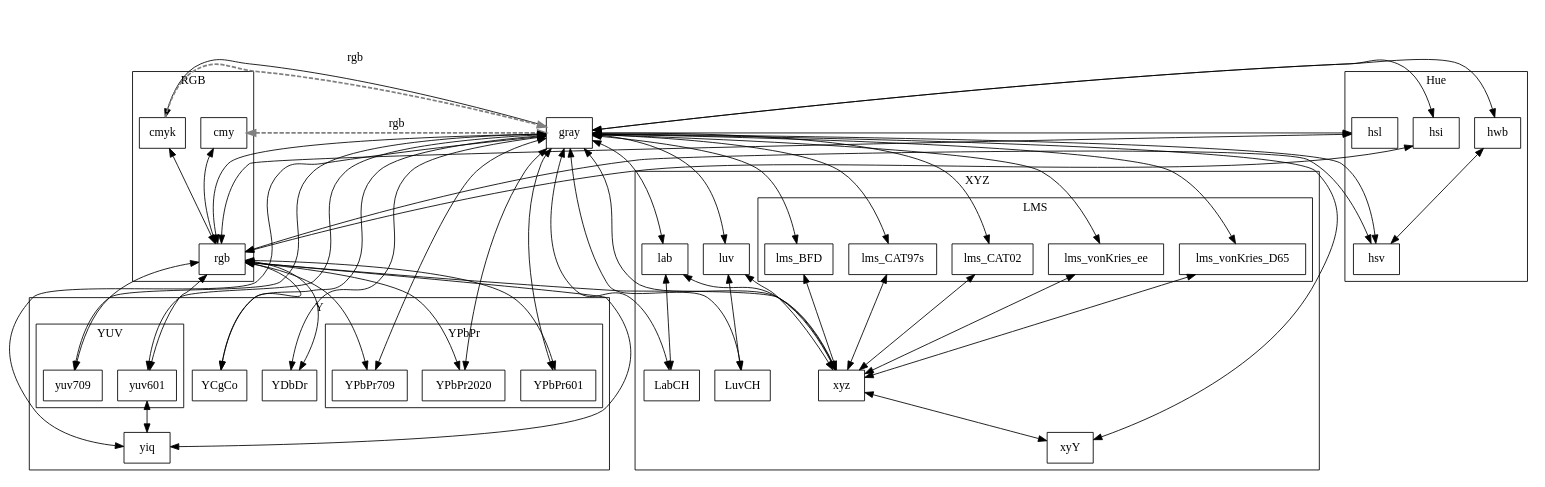
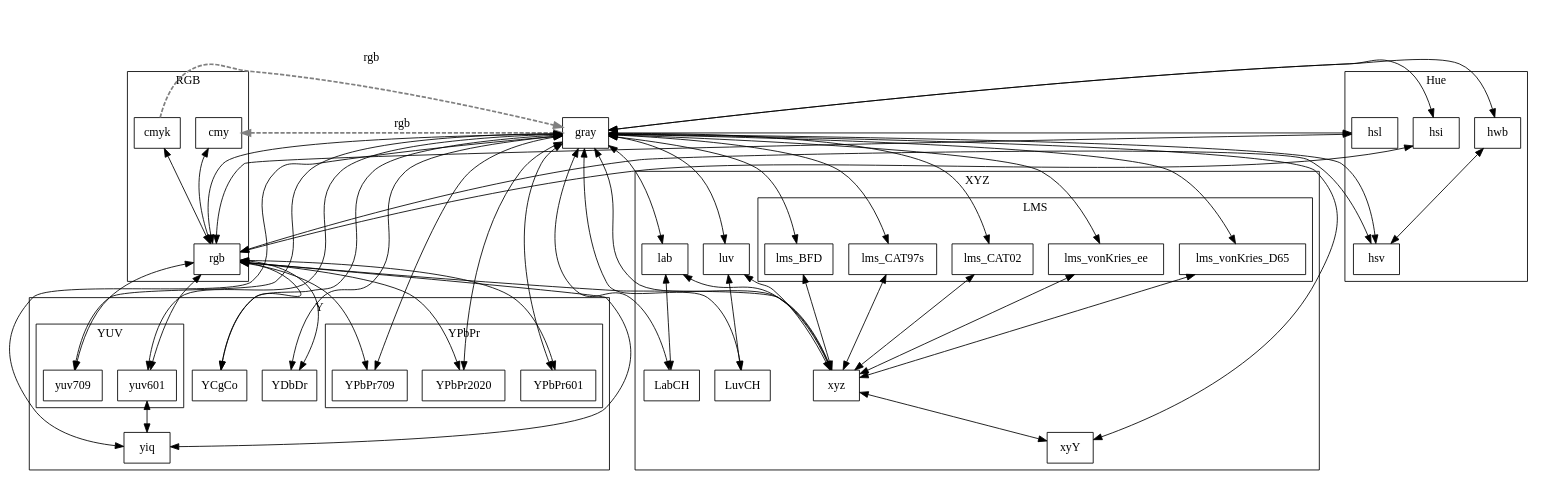
The diagram in doc/gv/conv.gv (dmilos/color), drawn with Graphviz before and after one commit. The commit also changed 87 other files, not shown here.

```diff
--- a/doc/gv/conv.gv
+++ b/doc/gv/conv.gv
@@ -1,149 +1,148 @@
 digraph color_conversion {
 	node [ shape ="box" ];
 	//gray [ color=gray, penwidth = 5 ];
 	//rgb [ style=striped , fillcolor="red:green:blue" ];
 
 	cmy  -> gray [ label = "rgb", style=dashed, color=gray, penwidth = 2, dir=both ];
 	cmy  -> rgb  [ label = "", dir=both  ];
 
 	cmyk -> gray[ label = "rgb", style=dashed, color=gray, penwidth = 2, dir=forward ];
 	cmyk -> rgb [ label = "", dir=both ];
 
-	gray -> cmyk [ label = "", dir=forward  ];
 	gray -> hsi   [ label = "", dir=both ];
 	gray -> hsl   [ label = "", dir=both ];
 	gray -> hsv   [ label = "", dir=both  ];
 	gray -> hwb   [ label = "", dir=both ];
 	gray -> rgb   [ label = "", dir=both ];
 	gray -> xyz   [ label = "", dir=both ];
 	gray -> YCgCo [ label = "", dir=both ];
 	gray -> YDbDr [ label = "", dir=both ];
 	gray -> yiq   [ label = "", dir=both ];
 	gray -> YPbPr601  [ label = "", dir=both ];
 	gray -> YPbPr709  [ label = "", dir=both ];
 	gray -> YPbPr2020 [ label = "", dir=both ];
 	gray -> yuv601   [ label = "", dir=both ];
 	gray -> yuv709   [ label = "", dir=both ];
 
 	gray -> lms_vonKries_ee   [ label = "", dir=both ];
 	gray -> lms_vonKries_D65   [ label = "", dir=both ];
 	gray -> lms_BFD   [ label = "", dir=both ];
 	gray -> lms_CAT97s   [ label = "", dir=both ];
 	gray -> lms_CAT02   [ label = "", dir=both ];
 	gray -> luv   [ label = "", dir=both ];
 	gray -> lab   [ label = "", dir=both ];
 	gray -> xyY   [ label = "", dir=both ];
 
 	gray -> LabCH [ label = "", dir=both ];
 	gray -> LuvCH [ label = "", dir=both ];
 
 	hwb  -> hsv[ label = "", dir=both ];
 
 	hsi  -> rgb [ label = "", dir=both ];
 
 	hsl  -> rgb [ label = "", dir=both ];
 
 	hsv  -> rgb [ label = "", dir=both ];
 
 	lms_vonKries_ee -> xyz[ label = "", dir=both ];
 	lms_vonKries_D65 -> xyz[ label = "", dir=both ];
 	lms_BFD  -> xyz[ label = "", dir=both ];
 	lms_CAT97s -> xyz[ label = "", dir=both ];
 	lms_CAT02  -> xyz[ label = "", dir=both ];
 	luv -> xyz [ label = "", dir=both ];
 
 	rgb -> xyz   [ label = "", dir=both ];
 	rgb -> YCgCo [ label = "", dir=both ];
 	rgb -> YDbDr [ label = "", dir=both ];
 	rgb -> yiq   [ label = "", dir=both ];
 	rgb -> YPbPr601  [ label = "", dir=both ];
 	rgb -> YPbPr709  [ label = "", dir=both ];
 	rgb -> YPbPr2020 [ label = "", dir=both ];
 	rgb -> yuv601[ label = "", dir=both ];
 	rgb -> yuv709[ label = "", dir=both ];
 
 	//xyz -> Hunter  [ label = "", dir=both ];
 	xyz -> xyY     [ label = "", dir=both ];
 	lab -> xyz     [ label = "", dir=both ];
 	lab -> LabCH   [ label = "", dir=both ];
 	luv -> LuvCH   [ label = "", dir=both ];
 
 	//yuv -> yuv   [ label = "", dir=both ];
 
 	yuv601 -> yiq   [ label = "", dir=both ];
 
 	subgraph cluster_hue
 	{
 		label = "Hue";
 		node [ ] hwb;
 		node [ ] hsi;
 		node [ ] hsl;
 		node [ ] hsv;
 	}
 
 	subgraph cluster_Y
 	{
 		label = "Y";
 		node [ ] YCgCo;
 		node [ ] YDbDr;
 		node [ ] yiq  ;
 		node [ ] YPbPr601 ;
 		node [ ] YPbPr709 ;
 		node [ ] YPbPr2020;
 		node [ ] yuv601;
 		node [ ] yuv709;
 		subgraph cluster_yuv
 		{
 			label = "YUV";
 			node [ ] yuv601;
 			node [ ] yuv709;
 		}
 		subgraph cluster_YPbPr
 		{
 			label = "YPbPr";
 			node [ ] YPbPr601 ;
 			node [ ] YPbPr709 ;
 			node [ ] YPbPr2020;
 		}
 	}
 
 	subgraph cluster_CIE
 	{
 		label = "XYZ";
 		node [ ] xyz;
 		//node [ ] Hunter;
 		node [ ] lab;
 		node [ ] xyY;
 		node [ ] luv;
 		subgraph cluster_LMS
 		{
 			label = "LMS";
 			node [ ] lms_vonKries_ee;
 			node [ ] lms_vonKries_D65;
 			node [ ] lms_BFD;
 			node [ ] lms_CAT97s;
 			node [ ] lms_CAT02;
 		}
 
 		node [ ] LabCH;
 		node [ ] LuvCH;
 	}
 
 	subgraph cluster_RGB
 	{
 		label = "RGB";
 		node [ ] cmy;
 		node [ ] rgb;
 		node [ ] cmyk;
 	}
 
 
 	//subgraph cluster_center
 	//{
 	//	label = "center";
 	//	node [ ] rgb;
 	//	node [ ] xyz;
 	//	node [ ] gray;
 	//}
 
 }
```
